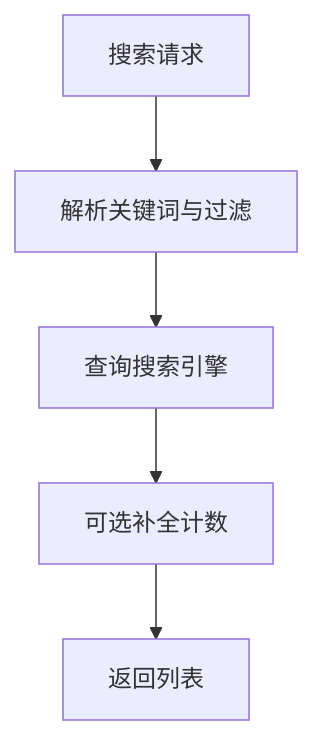
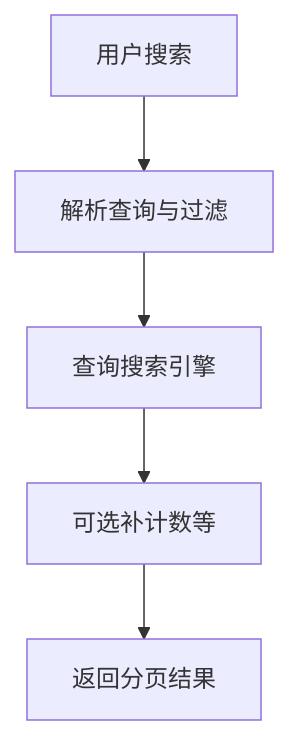
One commit to bitladykiller/zhiguang_go changed the second of 2 diagrams in docs/modules/07-搜索投影模块.md. Above: the diagram before and after it, drawn with Mermaid. The commit also changed other lines of this file and 13 other files, not shown here.

````diff
--- a/docs/modules/07-搜索投影模块.md
+++ b/docs/modules/07-搜索投影模块.md
@@ -380,7 +26,7 @@
 ```mermaid
 flowchart TD
-    A[搜索请求] --> B[解析关键词与过滤]
+    A[用户搜索] --> B[解析查询与过滤]
     B --> C[查询搜索引擎]
-    C --> D[可选补全计数]
-    D --> E[返回列表]
+    C --> D[可选补计数等]
+    D --> E[返回分页结果]
 ```
````
